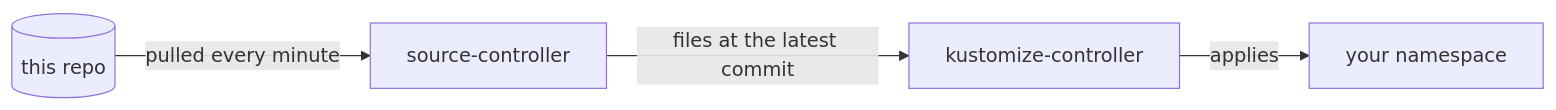
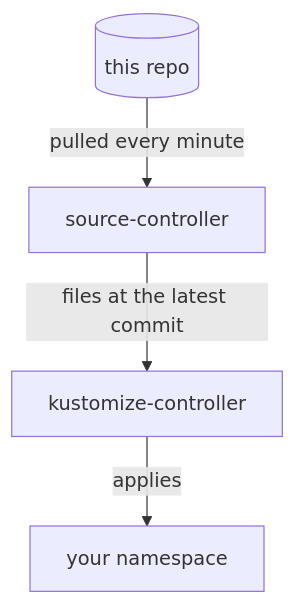
Before and after one commit to shtev-gitops-playground/flux-gitops-playground: the first of 3 diagrams in README.md, drawn with Mermaid. The commit also changed other lines of this file, not shown here.

Commit message:
docs: vertical README diagrams so GitHub's viewer controls don't cover them

````diff
--- a/README.md
+++ b/README.md
@@ -30,6 +30,6 @@
 ```mermaid
-flowchart LR
+flowchart TB
   repo[(this repo)] -- "pulled every minute" --> src[source-controller]
   src -- "files at the latest commit" --> kust[kustomize-controller]
   kust -- "applies" --> ns[your namespace]
 ```
````
